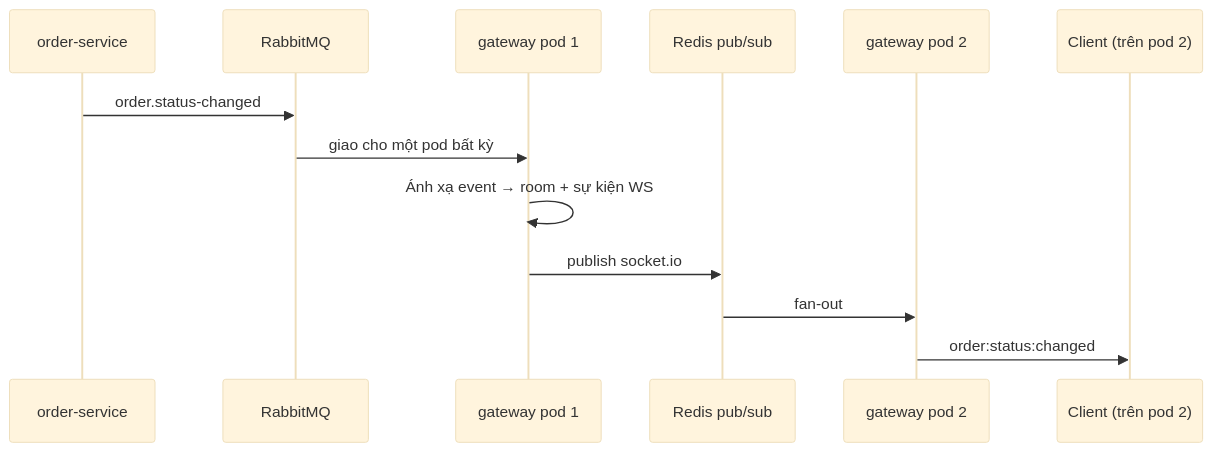
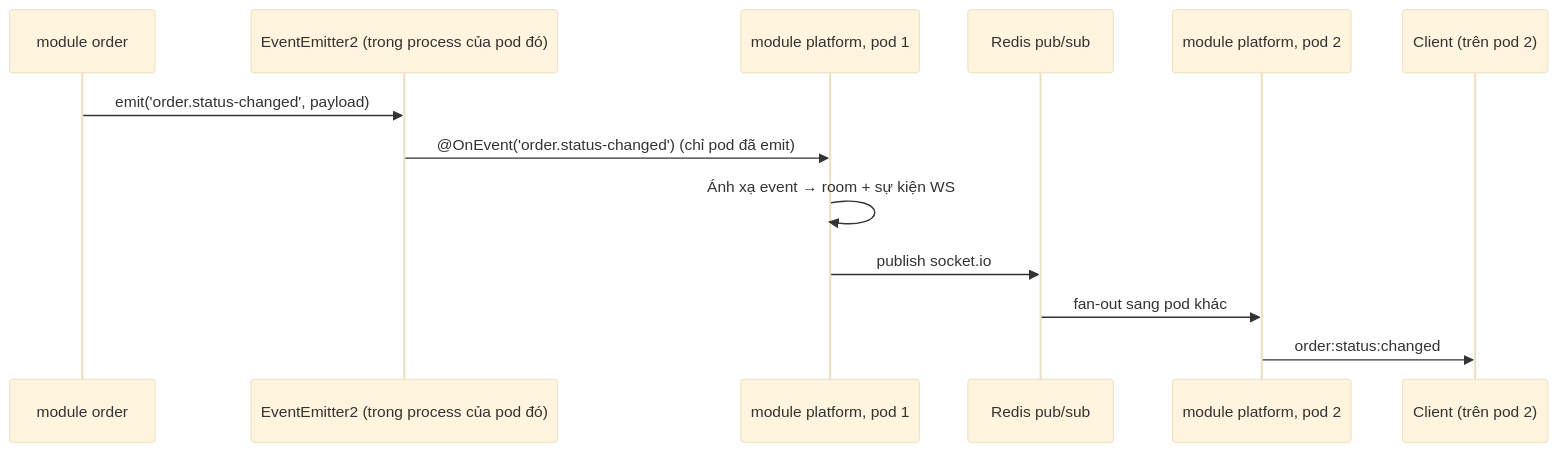
Before and after one commit to timmy277/timmyhub: the third of 3 diagrams in docs/01-architecture/realtime.md, drawn with Mermaid (base theme). The commit also changed other lines of this file and 34 other files, not shown here.

````diff
--- a/docs/01-architecture/realtime.md
+++ b/docs/01-architecture/realtime.md
@@ -243,16 +250,16 @@
 ```mermaid
 sequenceDiagram
-    participant S as order-service
-    participant MQ as RabbitMQ
-    participant G1 as gateway pod 1
+    participant S as module order
+    participant EE as EventEmitter2 (trong process của pod đó)
+    participant G1 as module platform, pod 1
     participant R as Redis pub/sub
-    participant G2 as gateway pod 2
+    participant G2 as module platform, pod 2
     participant C as Client (trên pod 2)
 
-    S->>MQ: order.status-changed
-    MQ->>G1: giao cho một pod bất kỳ
+    S->>EE: emit('order.status-changed', payload)
+    EE->>G1: @OnEvent('order.status-changed') (chỉ pod đã emit)
     G1->>G1: Ánh xạ event → room + sự kiện WS
     G1->>R: publish socket.io
-    R->>G2: fan-out
+    R->>G2: fan-out sang pod khác
     G2->>C: order:status:changed
 ```
````
